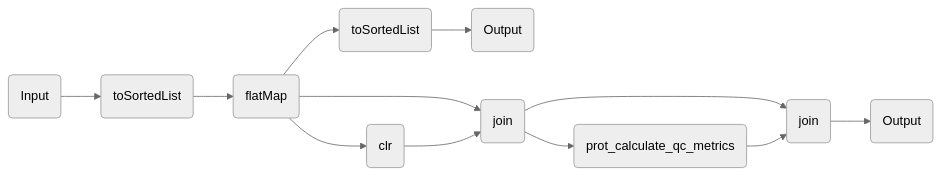
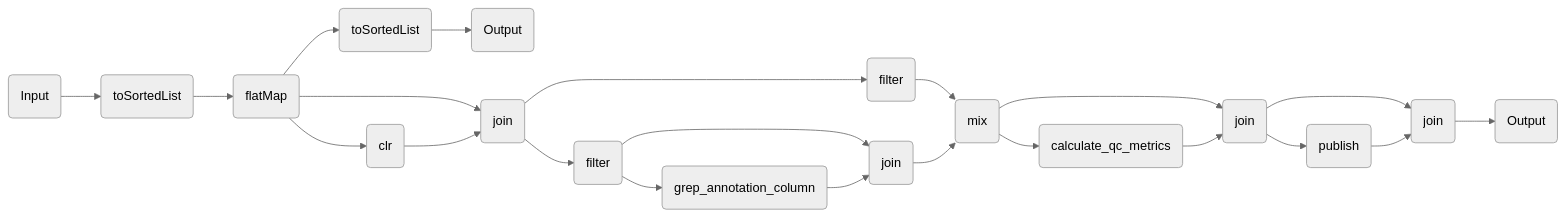
Before and after one commit to openpipelines-bio/website: the diagram in components/workflows/multiomics/prot_multisample.qmd, drawn with Mermaid (neutral theme). The commit also changed other lines of this file and 95 other files, not shown here.

````diff
--- a/components/workflows/multiomics/prot_multisample.qmd
+++ b/components/workflows/multiomics/prot_multisample.qmd
@@ -101,26 +103,43 @@
 ```{mermaid}
 %%| column: screen-inset-shaded
 flowchart LR
-    p0(Input)
-    p3(toSortedList)
-    p5(flatMap)
-    p7(toSortedList)
-    p9(Output)
-    p15(clr)
-    p17(join)
-    p26(prot_calculate_qc_metrics)
-    p28(join)
-    p35(Output)
-    p0-->p3
-    p3-->p5
-    p5-->p7
-    p7-->p9
-    p5-->p17
-    p5-->p15
-    p15-->p17
-    p17-->p28
-    p17-->p26
-    p26-->p28
-    p28-->p35
+    v0(Input)
+    v3(toSortedList)
+    v5(flatMap)
+    v6(toSortedList)
+    v8(Output)
+    v14(clr)
+    v16(join)
+    v22(filter)
+    v28(grep_annotation_column)
+    v30(join)
+    v34(mix)
+    v33(filter)
+    v40(calculate_qc_metrics)
+    v42(join)
+    v50(publish)
+    v52(join)
+    v58(Output)
+    v5-->v6
+    v33-->v34
+    v0-->v3
+    v3-->v5
+    v6-->v8
+    v5-->v16
+    v5-->v14
+    v14-->v16
+    v16-->v22
+    v16-->v33
+    v22-->v30
+    v22-->v28
+    v28-->v30
+    v30-->v34
+    v34-->v42
+    v34-->v40
+    v40-->v42
+    v42-->v52
+    v42-->v50
+    v50-->v52
+    v52-->v58
 
 ```
````
